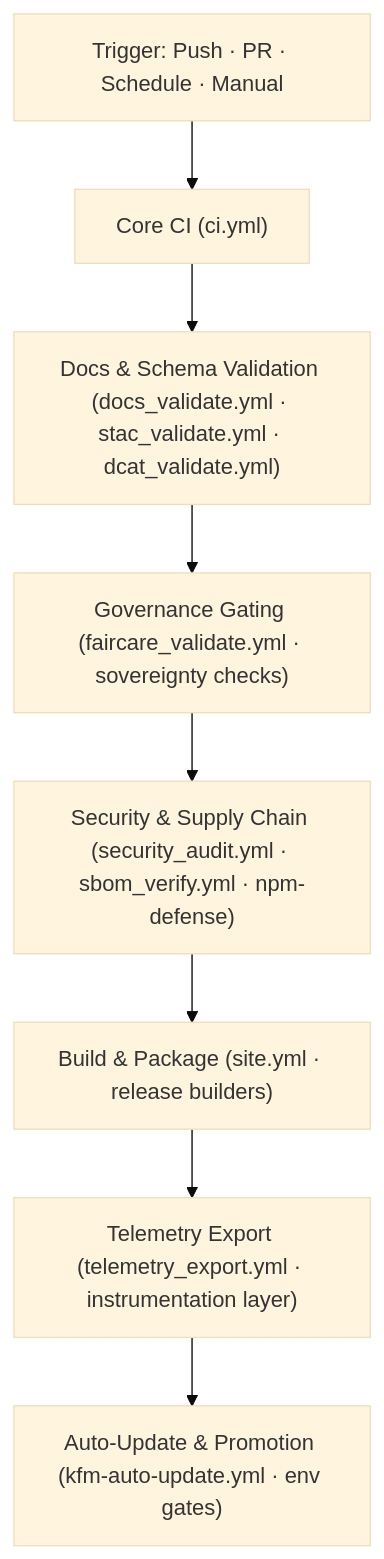
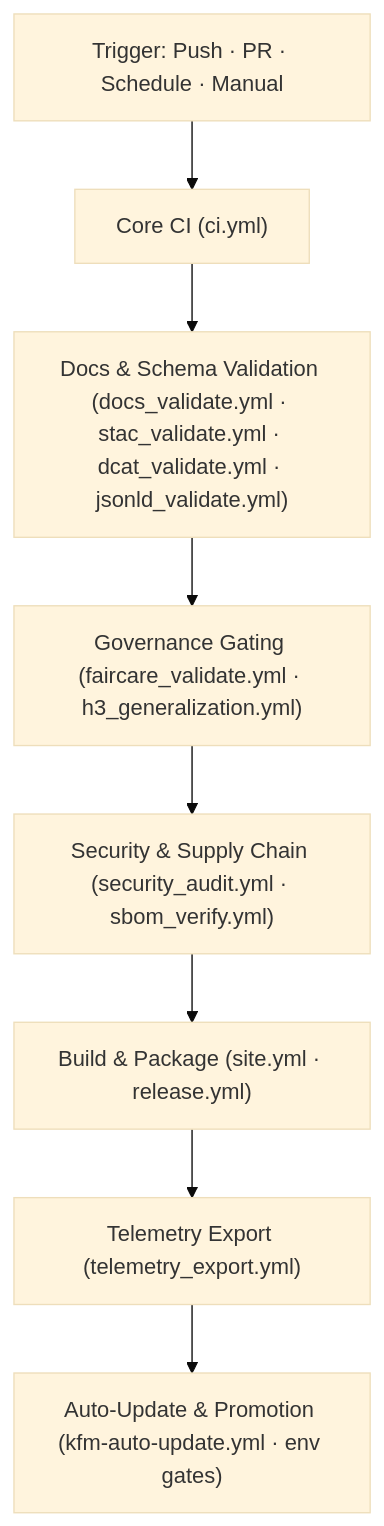
Before and after one commit to bartytime4life/Kansas-Frontier-Matrix: the diagram in .github/workflows/README.md, drawn with Mermaid (base theme). The commit also changed other lines of this file, not shown here.

````diff
--- a/.github/workflows/README.md
+++ b/.github/workflows/README.md
@@ -186,10 +189,10 @@
 ```mermaid
 flowchart TB
     A["Trigger: Push · PR · Schedule · Manual"] --> B["Core CI (ci.yml)"]
-    B --> C["Docs & Schema Validation (docs_validate.yml · stac_validate.yml · dcat_validate.yml)"]
-    C --> D["Governance Gating (faircare_validate.yml · sovereignty checks)"]
-    D --> E["Security & Supply Chain (security_audit.yml · sbom_verify.yml · npm-defense)"]
-    E --> F["Build & Package (site.yml · release builders)"]
-    F --> G["Telemetry Export (telemetry_export.yml · instrumentation layer)"]
+    B --> C["Docs & Schema Validation (docs_validate.yml · stac_validate.yml · dcat_validate.yml · jsonld_validate.yml)"]
+    C --> D["Governance Gating (faircare_validate.yml · h3_generalization.yml)"]
+    D --> E["Security & Supply Chain (security_audit.yml · sbom_verify.yml)"]
+    E --> F["Build & Package (site.yml · release.yml)"]
+    F --> G["Telemetry Export (telemetry_export.yml)"]
     G --> H["Auto-Update & Promotion (kfm-auto-update.yml · env gates)"]
 ```
````
